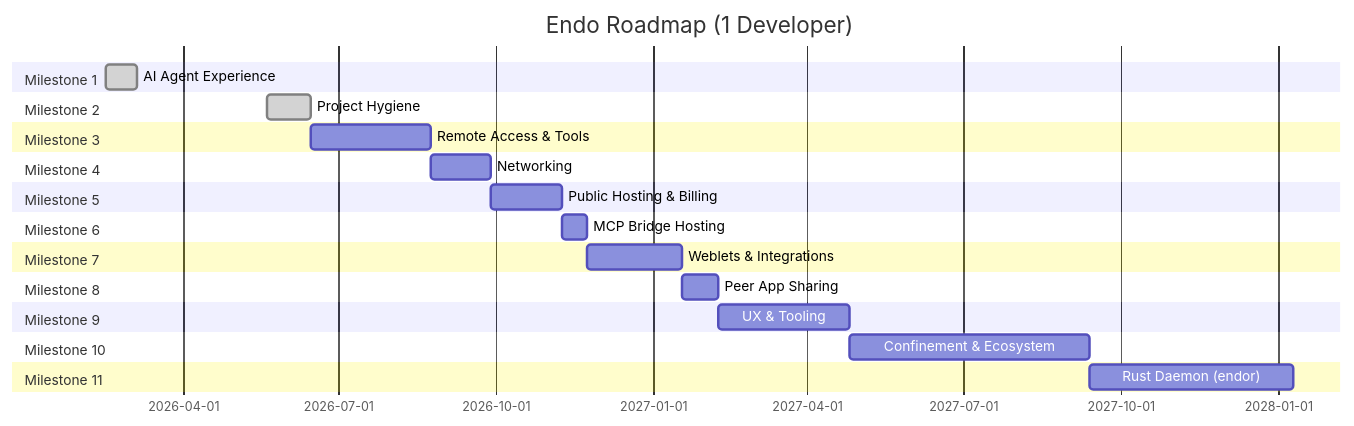
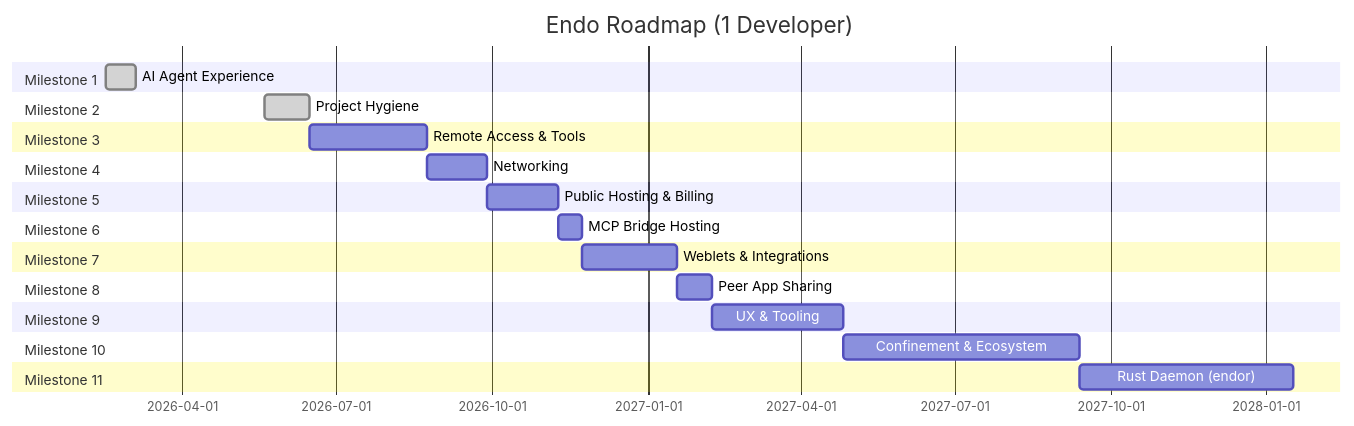
One commit to endojs/endo changed the second of 2 diagrams in designs/README.md. Above: the diagram before and after it, drawn with Mermaid. The commit also changed other lines of this file and 1 other file, not shown here.

Commit message:
design(endor): add native ZIP XS plan

````diff
--- a/designs/README.md
+++ b/designs/README.md
@@ -1413,38 +1417,38 @@
 ```mermaid
 gantt
     title Endo Roadmap (1 Developer)
     dateFormat YYYY-MM-DD
 
     section Milestone 1
     AI Agent Experience           :done, m1, 2026-02-15, 2026-03-05
 
     section Milestone 2
     Project Hygiene               :done, m2, 2026-05-20, 2026-06-15
 
     section Milestone 3
     Remote Access & Tools         :m3, after m2, 10w
 
     section Milestone 4
     Networking                    :m4, after m3, 5w
 
     section Milestone 5
     Public Hosting & Billing      :m5, after m4, 6w
 
     section Milestone 6
     MCP Bridge Hosting            :m6, after m5, 2w
 
     section Milestone 7
     Weblets & Integrations        :m7, after m6, 8w
 
     section Milestone 8
     Peer App Sharing              :m8, after m7, 3w
 
     section Milestone 9
     UX & Tooling                  :m9, after m8, 11w
 
     section Milestone 10
     Confinement & Ecosystem       :m10, after m9, 20w
 
     section Milestone 11
-    Rust Daemon (endor)           :m11, after m10, 17w
+    Rust Daemon (endor)           :m11, after m10, 18w
 ```
````
